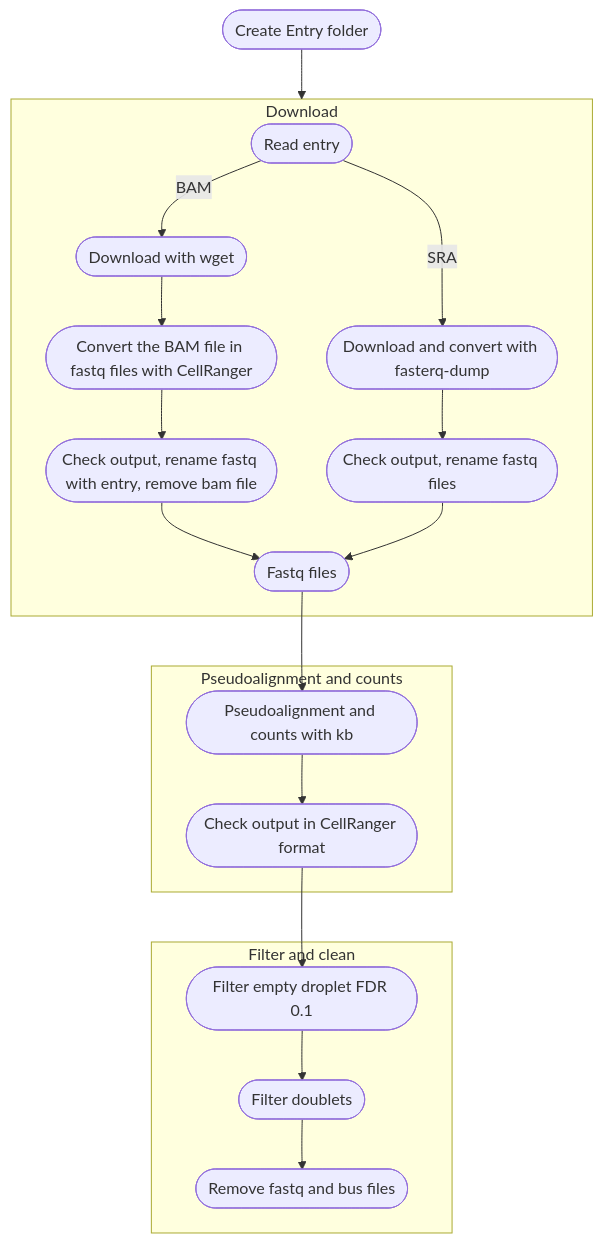
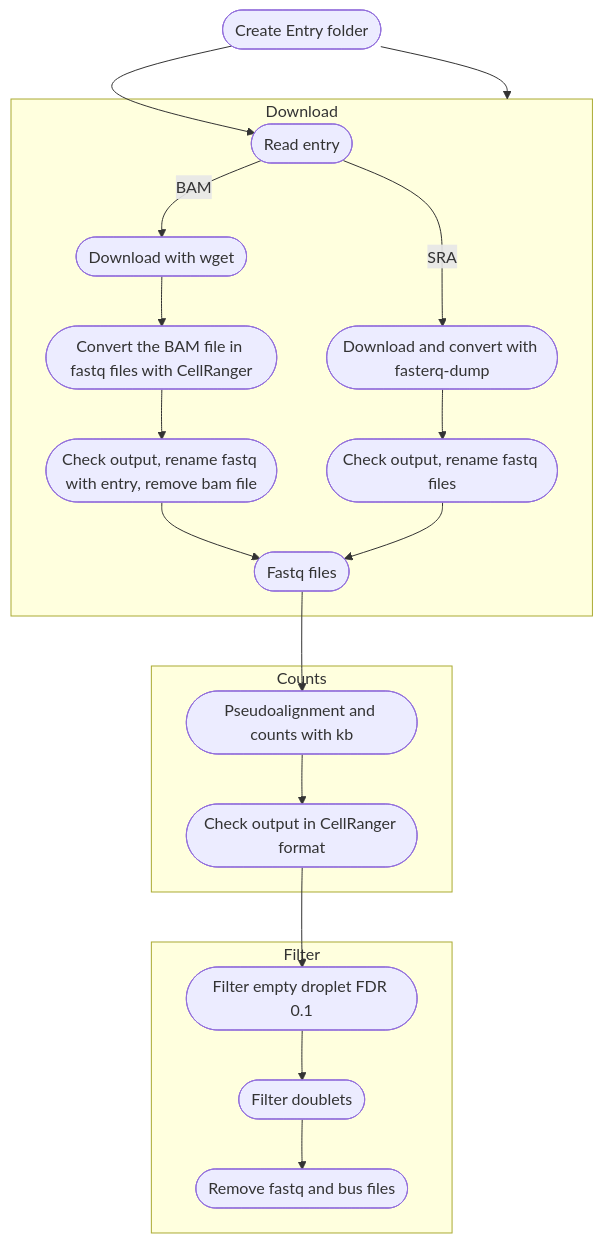
One commit to VergaJU/BoneMarrow_scRNA-Seq changed the diagram in Pre-process/README.md. Above: the diagram before and after it, drawn with Mermaid.

````diff
--- a/Pre-process/README.md
+++ b/Pre-process/README.md
@@ -15,23 +15,23 @@
 ```mermaid
     flowchart TB
-      A([Create Entry folder])
+      A([Create Entry folder]) --> B([Read entry])
       subgraph Download
-      B([Read entry]) -- BAM --> C([Download with wget])
+      B -- BAM --> C([Download with wget])
       C --> D([Convert the BAM file in fastq files with CellRanger])
       D --> E([Check output, rename fastq with entry, remove bam file])
       E --> H([Fastq files])
       B -- SRA --> F([Download and convert with fasterq-dump])
       F --> G([Check output, rename fastq files])
       end
-      subgraph "Pseudoalignment and counts"
+      subgraph Counts
       G --> H
       H --> I([Pseudoalignment and counts with kb])
       I --> J([Check output in CellRanger format])
       end
-      subgraph "Filter and clean"
+      subgraph Filter
       J --> K([Filter empty droplet FDR 0.1])
       K --> L([Filter doublets])
       L --> M([Remove fastq and bus files])
       end
       A --> Download
 ```
````
